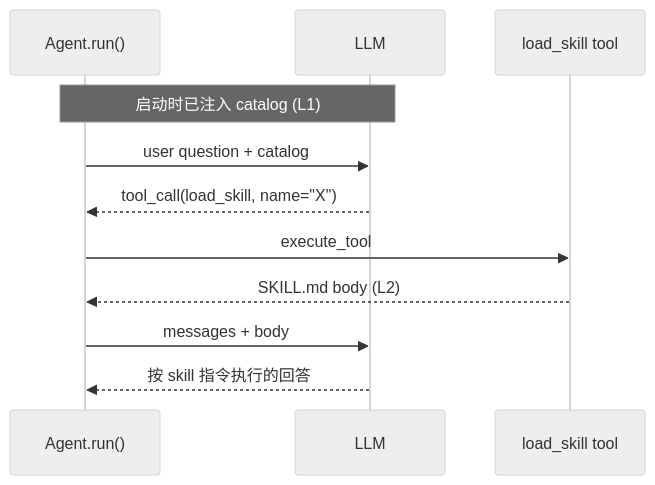
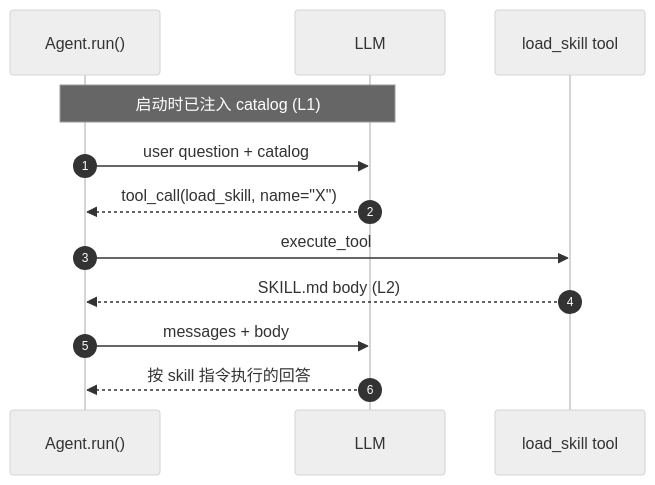
Before and after one commit to michaelwangzhenan/AgentA: diagram 16 of 20 in docs/design.md, drawn with Mermaid (neutral theme). The commit also changed other lines of this file and 24 other files, not shown here.

````diff
--- a/docs/design.md
+++ b/docs/design.md
@@ -732,14 +733,15 @@
 ```mermaid
-sequenceDiagram
+    sequenceDiagram
+    autonumber
     participant A as Agent.run()
     participant L as LLM
     participant T as load_skill tool
 
     Note over A,L: 启动时已注入 catalog (L1)
     A->>L: user question + catalog
     L-->>A: tool_call(load_skill, name="X")
     A->>T: execute_tool
     T-->>A: SKILL.md body (L2)
     A->>L: messages + body
     L-->>A: 按 skill 指令执行的回答
 ```
````
